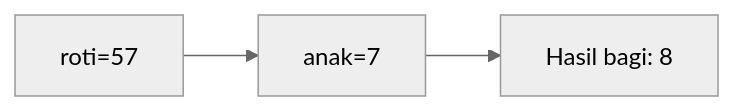
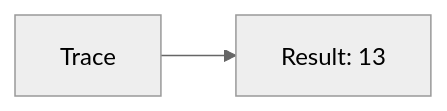
Before and after one commit to amnahwaida/OSNK_INF_PREP: the second of 25 diagrams in part-c-pemahaman-cpp/01-tipe-data/latihan/set-03.md, drawn with Mermaid (neutral theme). The commit also changed other lines of this file and 71 other files, not shown here.

````diff
--- a/part-c-pemahaman-cpp/01-tipe-data/latihan/set-03.md
+++ b/part-c-pemahaman-cpp/01-tipe-data/latihan/set-03.md
@@ -79,5 +43,4 @@
 ```mermaid
 graph LR
-A["roti=57"] --> B["anak=7"]
-B --> C["Hasil bagi: 8"]
+A[Trace] --> B[Result: 13]
 ```
````
